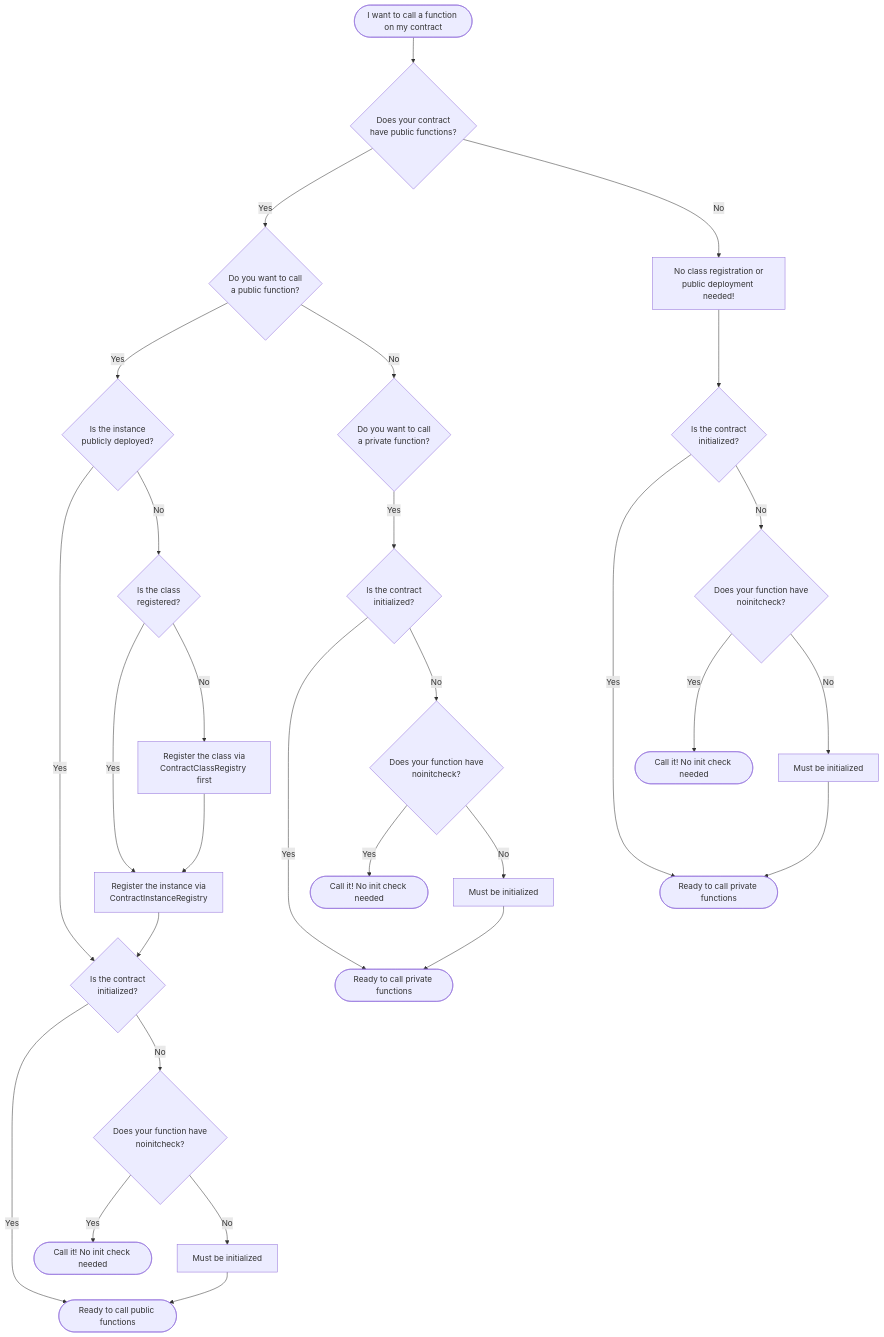
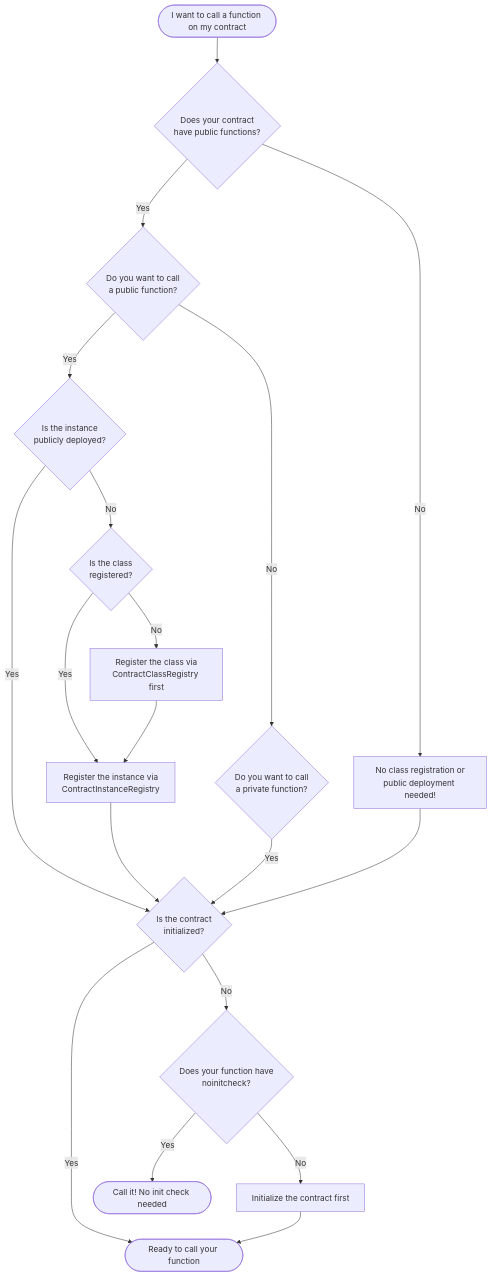
One commit to jp4g/aztec-packages-note-discovery changed the diagram in docs/docs-developers/docs/aztec-nr/contract_readiness_states.md. Above: the diagram before and after it, drawn with Mermaid. The commit also changed 3 other files, not shown here.

First line of the commit message:
docs: simplify contract readiness diagram and add state checking docs

````diff
--- a/docs/docs-developers/docs/aztec-nr/contract_readiness_states.md
+++ b/docs/docs-developers/docs/aztec-nr/contract_readiness_states.md
@@ -26,43 +26,28 @@
 ```mermaid
 flowchart TD
     Start([I want to call a function on my contract]) --> HasPublic{Does your contract<br/>have public functions?}
 
     HasPublic -->|Yes| WantPublic{Do you want to call<br/>a public function?}
     HasPublic -->|No| PrivateOnly[No class registration or<br/>public deployment needed!]
 
     WantPublic -->|Yes| InstanceDeployed{Is the instance<br/>publicly deployed?}
     WantPublic -->|No| WantPrivate{Do you want to call<br/>a private function?}
 
-    InstanceDeployed -->|Yes| CheckInit1{Is the contract<br/>initialized?}
+    InstanceDeployed -->|Yes| CheckInit{Is the contract<br/>initialized?}
     InstanceDeployed -->|No| ClassRegistered{Is the class<br/>registered?}
 
     ClassRegistered -->|Yes| NeedInstance[Register the instance via<br/>ContractInstanceRegistry]
     ClassRegistered -->|No| NeedClass[Register the class via<br/>ContractClassRegistry first]
     NeedClass --> NeedInstance
-    NeedInstance --> CheckInit1
+    NeedInstance --> CheckInit
 
-    WantPrivate -->|Yes| CheckInit2{Is the contract<br/>initialized?}
+    WantPrivate -->|Yes| CheckInit
+    PrivateOnly --> CheckInit
 
-    PrivateOnly --> CheckInit3{Is the contract<br/>initialized?}
+    CheckInit -->|Yes| Ready([Ready to call your function])
+    CheckInit -->|No| HasInitializer{"Does your function have<br/>noinitcheck?"}
 
-    CheckInit1 -->|Yes| ReadyPublic([Ready to call public functions])
-    CheckInit1 -->|No| HasInitializer1{"Does your function have<br/>noinitcheck?"}
-
-    CheckInit2 -->|Yes| ReadyPrivate([Ready to call private functions])
-    CheckInit2 -->|No| HasInitializer2{"Does your function have<br/>noinitcheck?"}
-
-    CheckInit3 -->|Yes| ReadyPrivate2([Ready to call private functions])
-    CheckInit3 -->|No| HasInitializer3{"Does your function have<br/>noinitcheck?"}
-
-    HasInitializer1 -->|Yes| ReadyNoInit1([Call it! No init check needed])
-    HasInitializer1 -->|No| MustInit1[Must be initialized]
-    MustInit1 --> ReadyPublic
-
-    HasInitializer2 -->|Yes| ReadyNoInit2([Call it! No init check needed])
-    HasInitializer2 -->|No| MustInit2[Must be initialized]
-    MustInit2 --> ReadyPrivate
-
-    HasInitializer3 -->|Yes| ReadyNoInit3([Call it! No init check needed])
-    HasInitializer3 -->|No| MustInit3[Must be initialized]
-    MustInit3 --> ReadyPrivate2
+    HasInitializer -->|Yes| ReadyNoInit([Call it! No init check needed])
+    HasInitializer -->|No| MustInit[Initialize the contract first]
+    MustInit --> Ready
 ```
````
